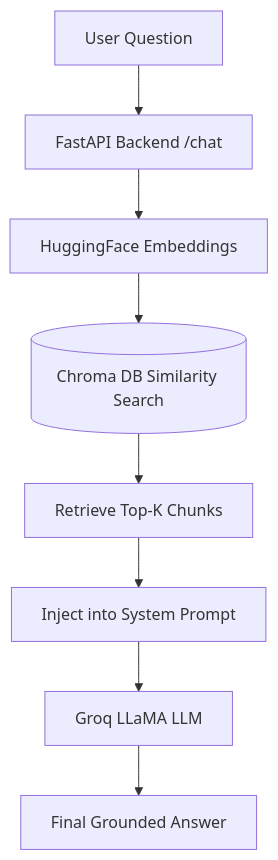
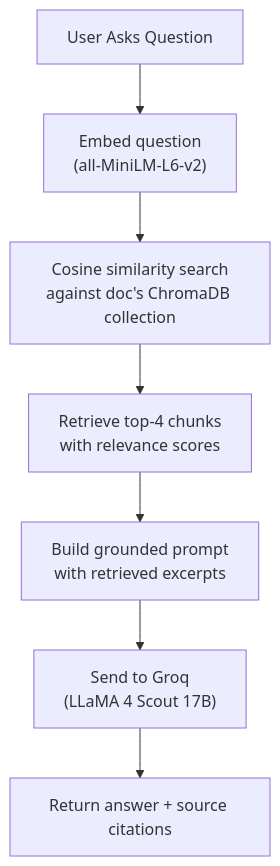
One commit to ISHAN12369/contractIQ changed the second of 3 diagrams in README.md. Above: the diagram before and after it, drawn with Mermaid. The commit also changed other lines of this file, not shown here.

````diff
--- a/README.md
+++ b/README.md
@@ -44,10 +96,9 @@
 ```mermaid
 graph TD
-    A[User Question] --> B[FastAPI Backend /chat]
-    B --> C[HuggingFace Embeddings]
-    C --> D[(Chroma DB Similarity Search)]
-    D --> E[Retrieve Top-K Chunks]
-    E --> F[Inject into System Prompt]
-    F --> G[Groq LLaMA LLM]
-    G --> H[Final Grounded Answer]
+    A[User Asks Question] --> B["Embed question<br/>(all-MiniLM-L6-v2)"]
+    B --> C["Cosine similarity search<br/>against doc's ChromaDB collection"]
+    C --> D["Retrieve top-4 chunks<br/>with relevance scores"]
+    D --> E["Build grounded prompt<br/>with retrieved excerpts"]
+    E --> F["Send to Groq<br/>(LLaMA 4 Scout 17B)"]
+    F --> G["Return answer + source citations"]
 ```
````
